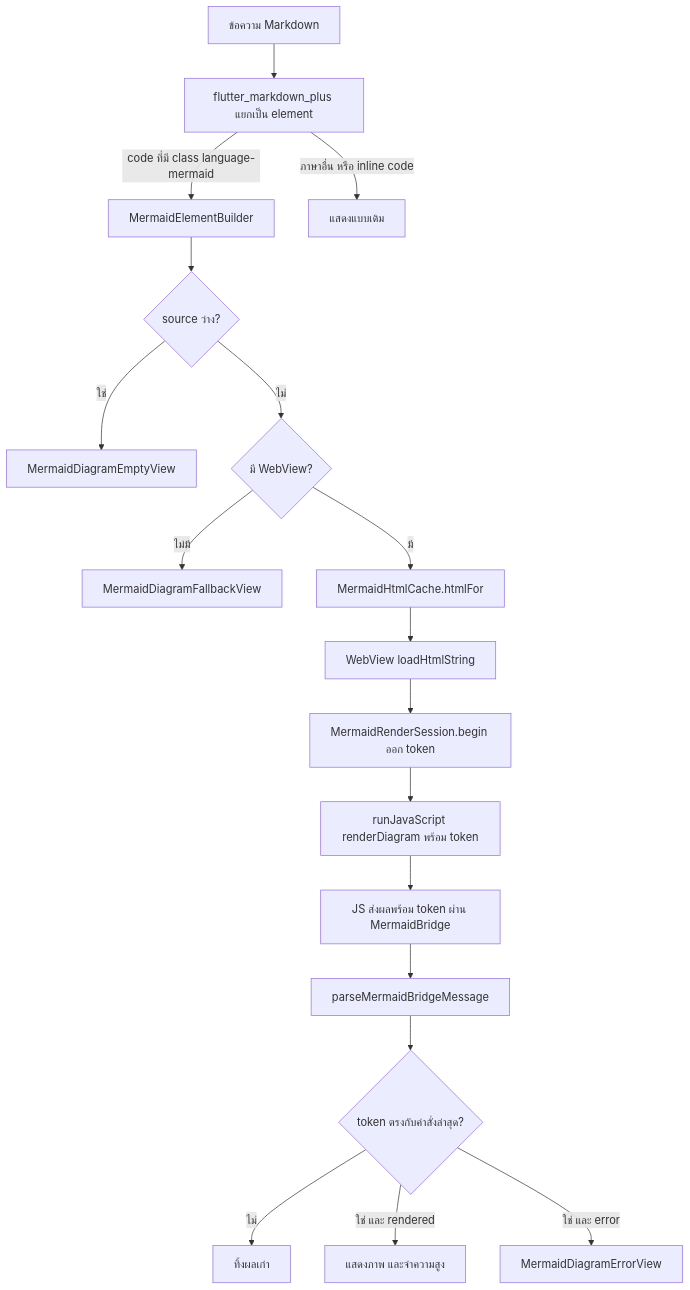
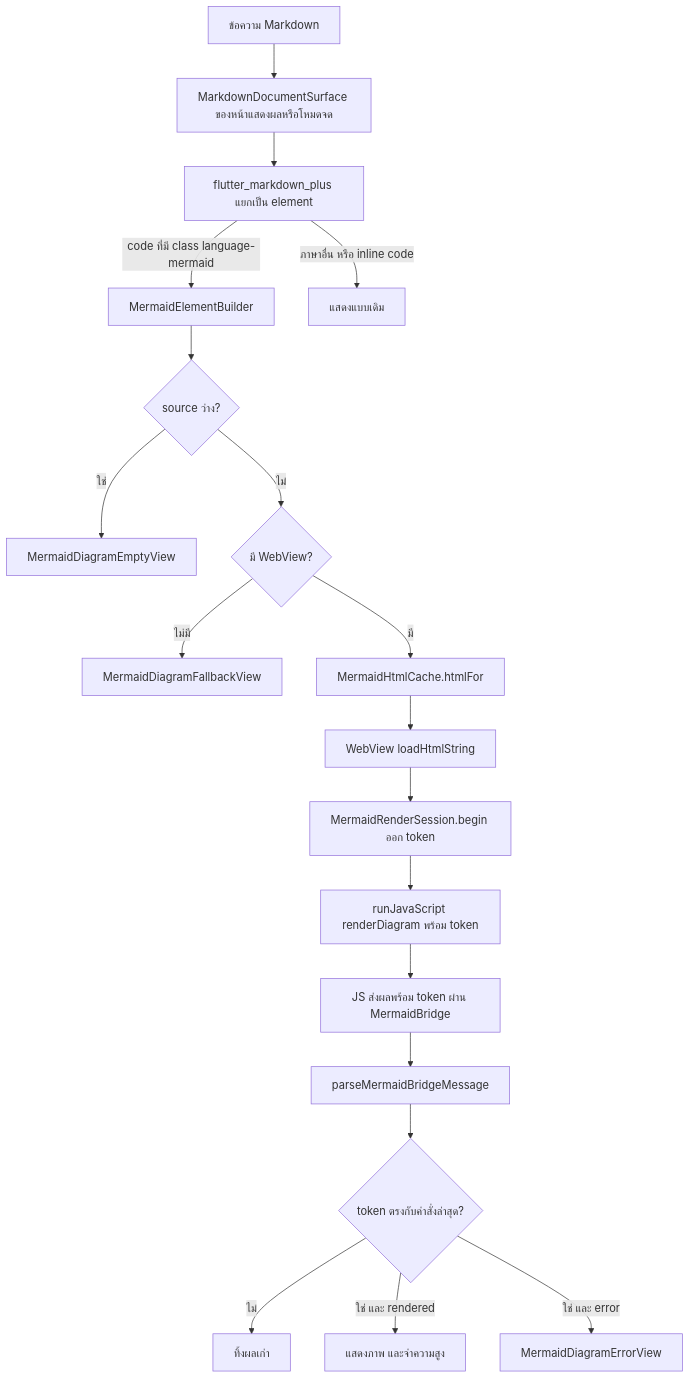
Before and after one commit to PetchAuisui/MNote-Flutter: the diagram in docs/mermaid-preview.md, drawn with Mermaid. The commit also changed other lines of this file and 2 other files, not shown here.

Commit message:
docs: document diagram authoring and update preview guide

````diff
--- a/docs/mermaid-preview.md
+++ b/docs/mermaid-preview.md
@@ -68,20 +71,21 @@
 ```mermaid
 flowchart TD
-  A[ข้อความ Markdown] --> B[flutter_markdown_plus แยกเป็น element]
-  B -->|code ที่มี class language-mermaid| C[MermaidElementBuilder]
-  B -->|ภาษาอื่น หรือ inline code| Z[แสดงแบบเดิม]
+  A[ข้อความ Markdown] --> B[MarkdownDocumentSurface ของหน้าแสดงผลหรือโหมดจด]
+  B --> B2[flutter_markdown_plus แยกเป็น element]
+  B2 -->|code ที่มี class language-mermaid| C[MermaidElementBuilder]
+  B2 -->|ภาษาอื่น หรือ inline code| Z[แสดงแบบเดิม]
   C --> D{source ว่าง?}
   D -->|ใช่| E1[MermaidDiagramEmptyView]
   D -->|ไม่| F{มี WebView?}
   F -->|ไม่มี| E2[MermaidDiagramFallbackView]
   F -->|มี| G[MermaidHtmlCache.htmlFor]
   G --> H[WebView loadHtmlString]
   H --> T[MermaidRenderSession.begin ออก token]
   T --> I[runJavaScript renderDiagram พร้อม token]
   I --> J[JS ส่งผลพร้อม token ผ่าน MermaidBridge]
   J --> K[parseMermaidBridgeMessage]
   K --> S{token ตรงกับคำสั่งล่าสุด?}
   S -->|ไม่| X[ทิ้งผลเก่า]
   S -->|ใช่ และ rendered| L[แสดงภาพ และจำความสูง]
   S -->|ใช่ และ error| E3[MermaidDiagramErrorView]
 ```
````
